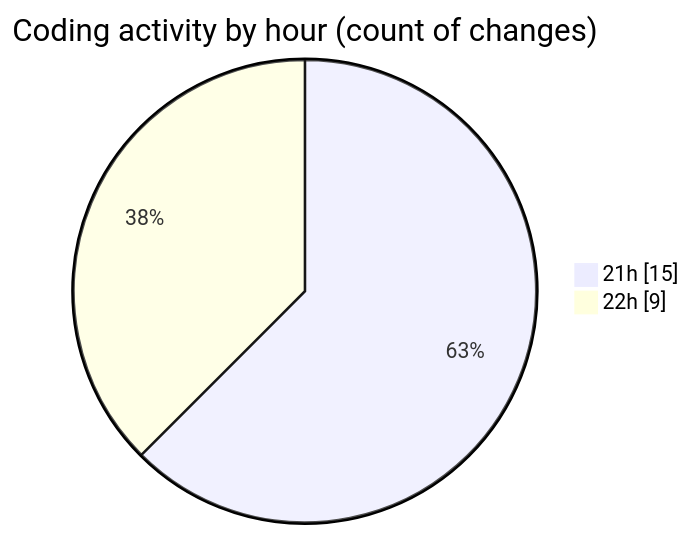
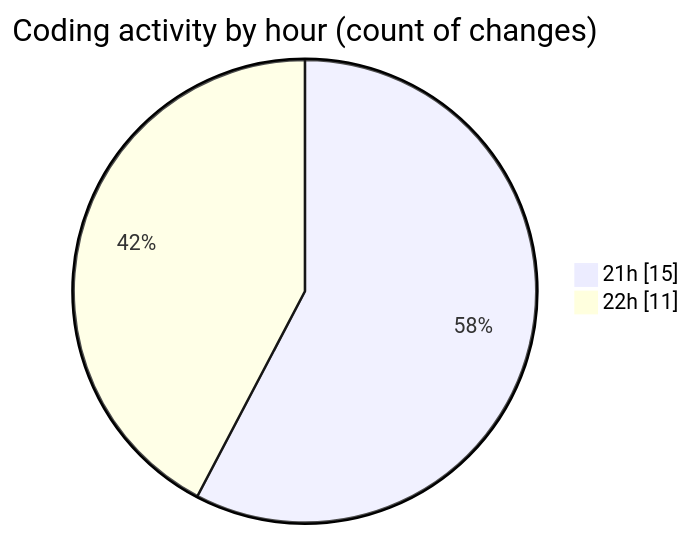
Before and after one commit to Ritupan-Deka/code-tracking: the second of 2 diagrams in 2025-08-15/javascript/README.md, drawn with Mermaid. The commit also changed other lines of this file and 1 other file, not shown here.

````diff
--- a/2025-08-15/javascript/README.md
+++ b/2025-08-15/javascript/README.md
@@ -31,6 +31,6 @@
 ```mermaid
 pie showData
 title Coding activity by hour (count of changes)
 "21h" : 15
-"22h" : 9
+"22h" : 11
 ```
````
